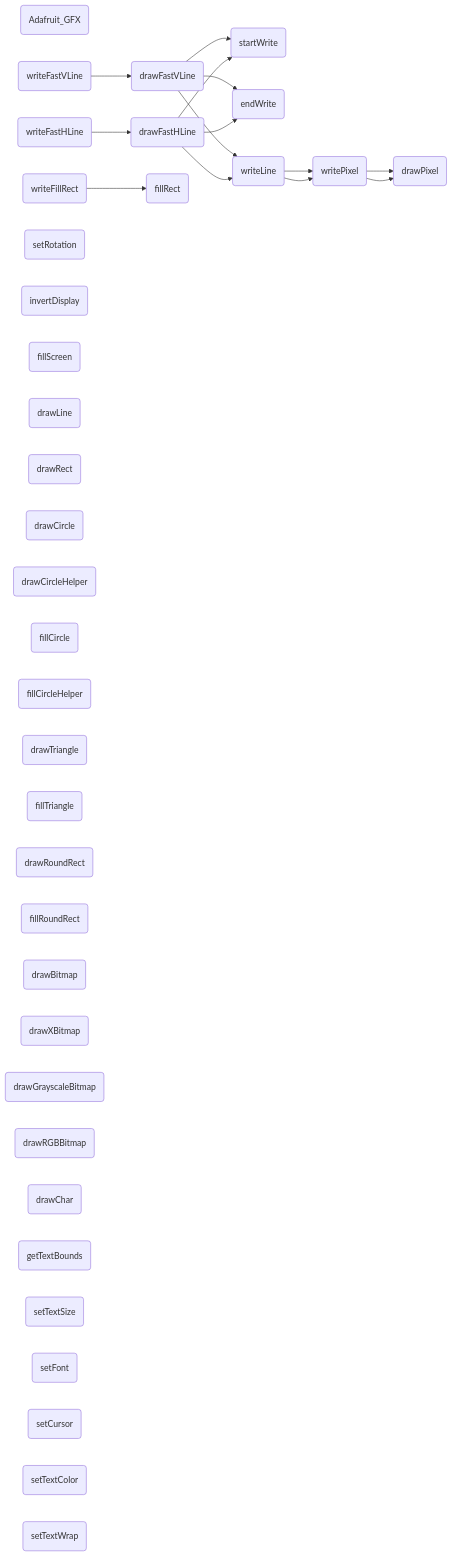
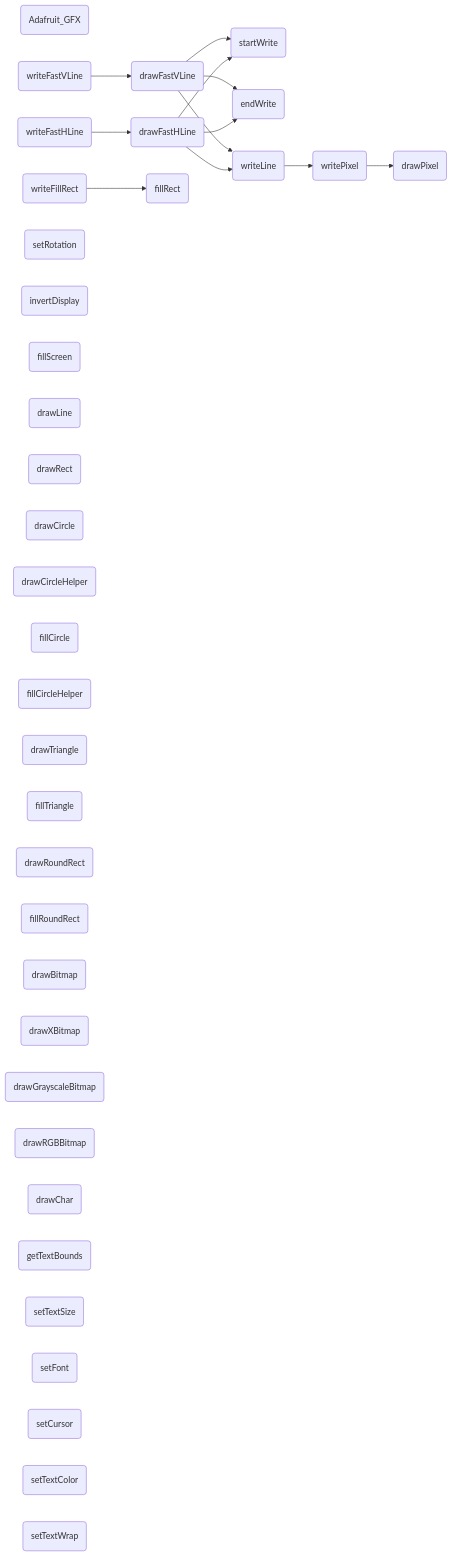
Before and after one commit to icodezhanglei/iodraw-files: the diagram in all/未命名.md, drawn with Mermaid.

Commit message:
2024-09-13 18:21:57 update

````diff
--- a/all/未命名.md
+++ b/all/未命名.md
@@ -1,49 +1,49 @@
 ```mermaid
 flowchart LR
 Adafruit_GF(Adafruit_GFX)
 drawPixel(drawPixel)
 startWrite(startWrite)
 endWrite(endWrite)
 writePixel(writePixel)
 writeFillRect(writeFillRect)
 writeFastVLine(writeFastVLine)
 writeFastHLine(writeFastHLine)
 writeLine(writeLine)
 setRotation(setRotation)
 invertDisplay(invertDisplay)
 drawFastVLine(drawFastVLine)
 drawFastHLine(drawFastHLine)
 fillRect(fillRect)
 fillScreen(fillScreen)
 drawLine(drawLine)
 drawRect(drawRect)
 drawCircle(drawCircle)
 drawCircleHelper(drawCircleHelper)
 fillCircle(fillCircle)
 fillCircleHelper(fillCircleHelper)
 drawTriangle(drawTriangle)
 fillTriangle(fillTriangle)
 drawRoundRect(drawRoundRect)
 fillRoundRect(fillRoundRect)
 drawBitmap(drawBitmap)
 drawXBitmap(drawXBitmap)
 drawGrayscaleBitmap(drawGrayscaleBitmap)
 drawRGBBitmap(drawRGBBitmap)
 drawChar(drawChar)
 getTextBounds(getTextBounds)
 setTextSize(setTextSize)
 setFont(setFont)
 setCursor(setCursor)
 setTextColor(setTextColor)
 setTextWrap(setTextWrap)
 
 writeLine --> writePixel --> drawPixel
-writeFastVLine --> drawFastVLine --> writeLine --> writePixel --> drawPixel
+writeFastVLine --> drawFastVLine --> writeLine
 drawFastVLine --> startWrite & endWrite
 
 writeFastHLine --> drawFastHLine --> startWrite & endWrite
 drawFastHLine --> writeLine
 
 writeFillRect --> fillRect
 
 ```
````
